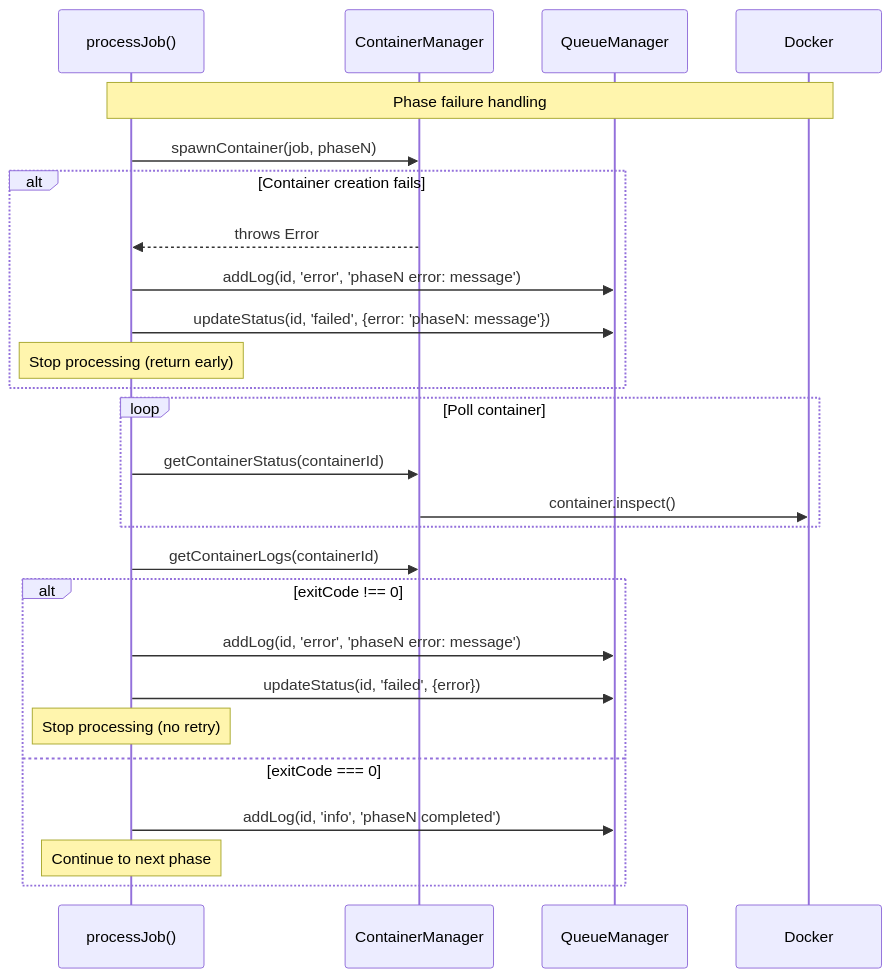
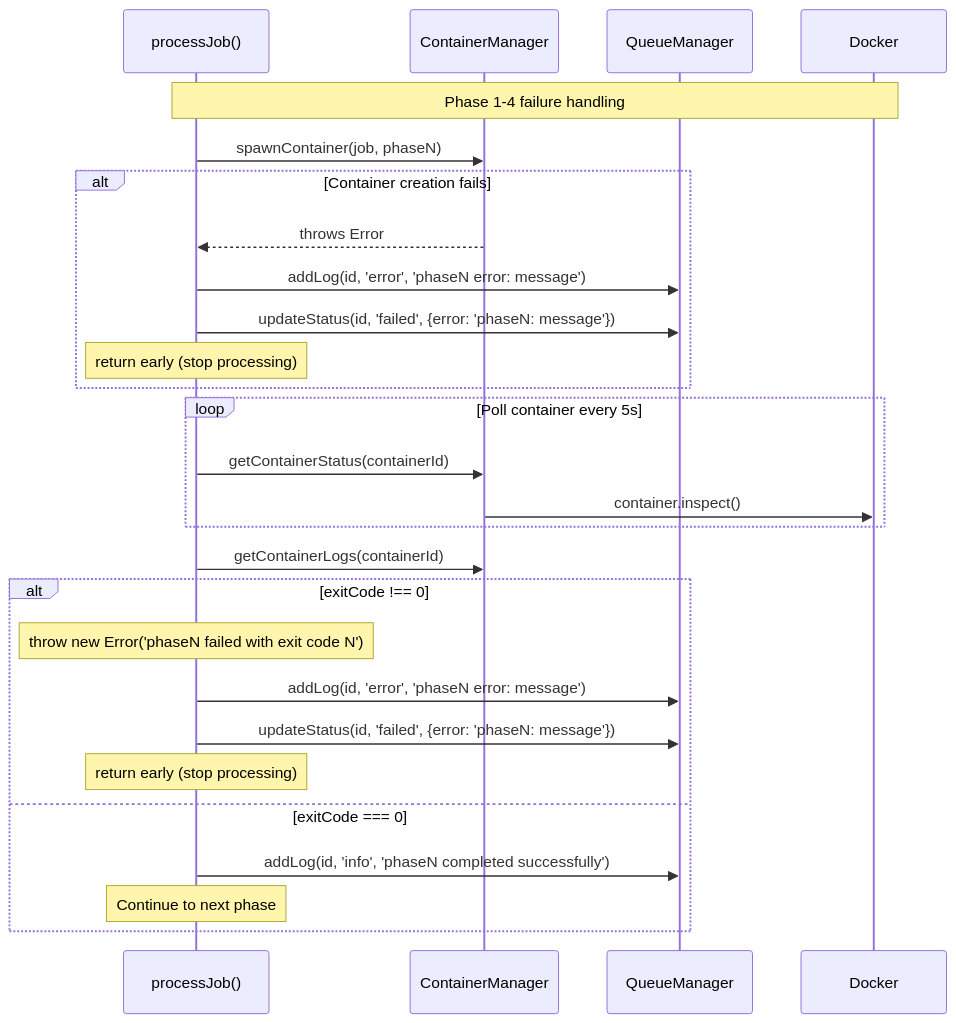
One commit to J-Gierend/gamePocGen changed the third of 9 diagrams in AI/document/10-error-handling.md. Above: the diagram before and after it, drawn with Mermaid. The commit also changed other lines of this file and 12 other files, not shown here.

First line of the commit message:
fix: regenerate all architecture docs from current source

````diff
--- a/AI/document/10-error-handling.md
+++ b/AI/document/10-error-handling.md
@@ -41,34 +41,35 @@
 ```mermaid
 sequenceDiagram
-    participant Poller as processJob()
+    participant PJ as processJob()
     participant CM as ContainerManager
     participant QM as QueueManager
     participant Docker
 
-    Note over Poller,Docker: Phase failure handling
+    Note over PJ,Docker: Phase 1-4 failure handling
 
-    Poller->>CM: spawnContainer(job, phaseN)
+    PJ->>CM: spawnContainer(job, phaseN)
 
     alt Container creation fails
-        CM-->>Poller: throws Error
-        Poller->>QM: addLog(id, 'error', 'phaseN error: message')
-        Poller->>QM: updateStatus(id, 'failed', {error: 'phaseN: message'})
-        Note over Poller: Stop processing (return early)
+        CM-->>PJ: throws Error
+        PJ->>QM: addLog(id, 'error', 'phaseN error: message')
+        PJ->>QM: updateStatus(id, 'failed', {error: 'phaseN: message'})
+        Note over PJ: return early (stop processing)
     end
 
-    loop Poll container
-        Poller->>CM: getContainerStatus(containerId)
+    loop Poll container every 5s
+        PJ->>CM: getContainerStatus(containerId)
         CM->>Docker: container.inspect()
     end
 
-    Poller->>CM: getContainerLogs(containerId)
+    PJ->>CM: getContainerLogs(containerId)
 
     alt exitCode !== 0
-        Poller->>QM: addLog(id, 'error', 'phaseN error: message')
-        Poller->>QM: updateStatus(id, 'failed', {error})
-        Note over Poller: Stop processing (no retry)
+        Note over PJ: throw new Error('phaseN failed with exit code N')
+        PJ->>QM: addLog(id, 'error', 'phaseN error: message')
+        PJ->>QM: updateStatus(id, 'failed', {error: 'phaseN: message'})
+        Note over PJ: return early (stop processing)
     else exitCode === 0
-        Poller->>QM: addLog(id, 'info', 'phaseN completed')
-        Note over Poller: Continue to next phase
+        PJ->>QM: addLog(id, 'info', 'phaseN completed successfully')
+        Note over PJ: Continue to next phase
     end
 ```
````
